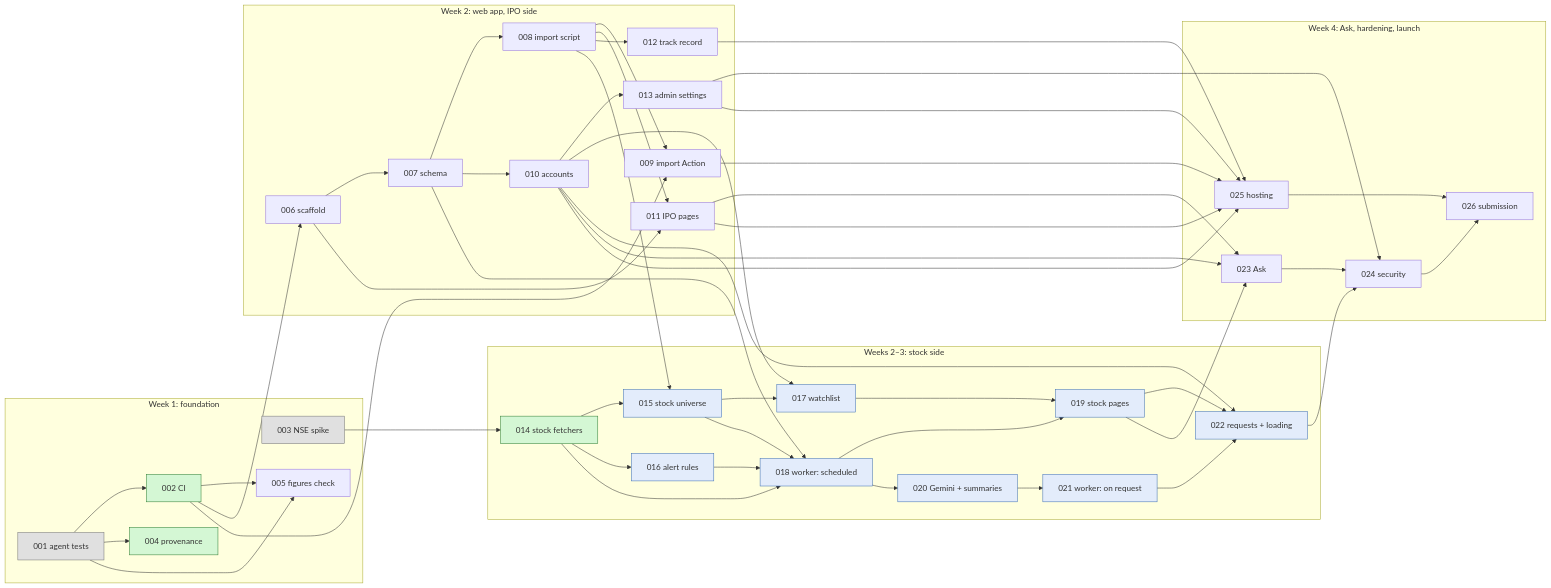
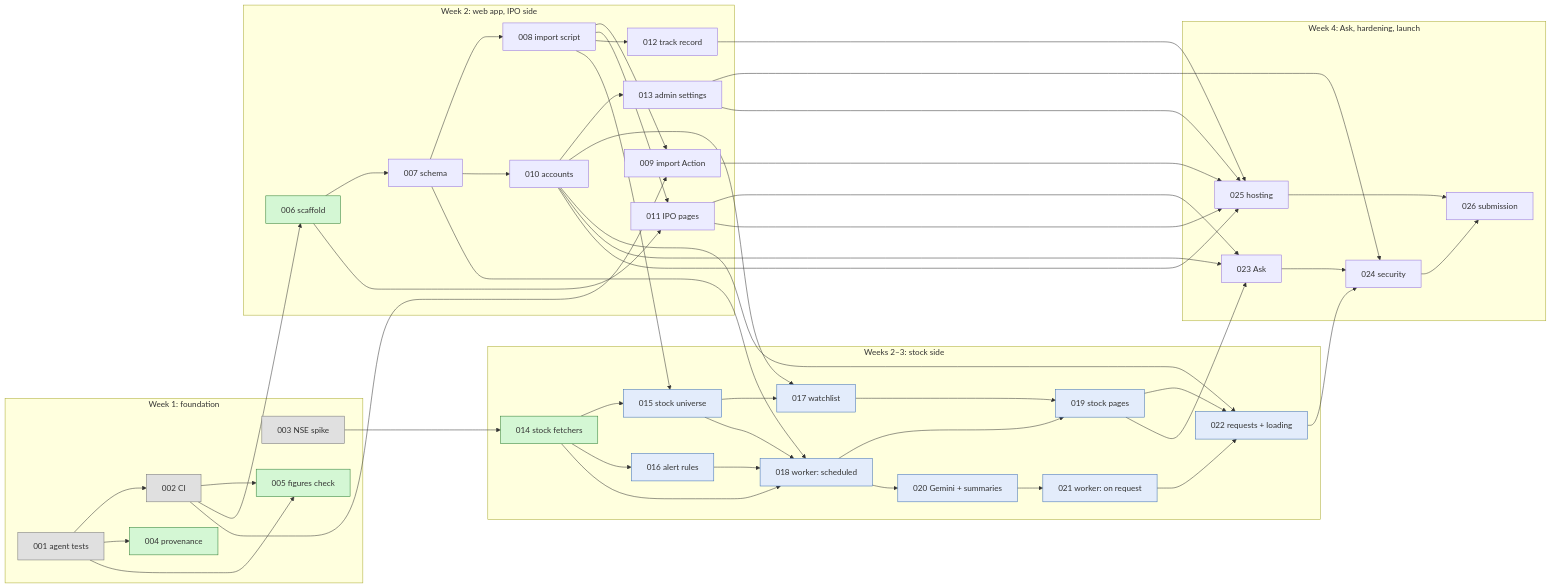
One commit to badjatya/IPO changed the diagram in docs/tasks/ROADMAP.md. Above: the diagram before and after it, drawn with Mermaid. The commit also changed other lines of this file and 2 other files, not shown here.

First line of the commit message:
Roadmap: 002 done, 005 and 006 ready

````diff
--- a/docs/tasks/ROADMAP.md
+++ b/docs/tasks/ROADMAP.md
@@ -83,61 +83,61 @@
 ```mermaid
 flowchart LR
     classDef ready fill:#d4f7d4,stroke:#2e7d32
     classDef m2 fill:#e3ecfb,stroke:#3b6db3
     classDef done fill:#e0e0e0,stroke:#757575
 
     subgraph wk1 ["Week 1: foundation"]
         T001[001 agent tests]:::done
-        T002[002 CI]:::ready
+        T002[002 CI]:::done
         T003[003 NSE spike]:::done
         T004[004 provenance]:::ready
-        T005[005 figures check]
+        T005[005 figures check]:::ready
     end
     subgraph wk2 ["Week 2: web app, IPO side"]
-        T006[006 scaffold]
+        T006[006 scaffold]:::ready
         T007[007 schema]
         T008[008 import script]
         T009[009 import Action]
         T010[010 accounts]
         T011[011 IPO pages]
         T012[012 track record]
         T013[013 admin settings]
     end
     subgraph stocks ["Weeks 2–3: stock side"]
         T014[014 stock fetchers]:::ready
         T015[015 stock universe]:::m2
         T016[016 alert rules]:::m2
         T017[017 watchlist]:::m2
         T018[018 worker: scheduled]:::m2
         T019[019 stock pages]:::m2
         T020[020 Gemini + summaries]:::m2
         T021[021 worker: on request]:::m2
         T022[022 requests + loading]:::m2
     end
     subgraph wk4 ["Week 4: Ask, hardening, launch"]
         T023[023 Ask]
         T024[024 security]
         T025[025 hosting]
         T026[026 submission]
     end
 
     T001 --> T002 & T004 & T005
     T002 --> T005 & T006 & T009
     T006 --> T007 & T011
     T007 --> T008 & T010 & T018
     T008 --> T009 & T011 & T012 & T015
     T010 --> T013 & T017 & T022 & T023
     T003 --> T014
     T014 --> T015 & T016 & T018
     T015 --> T017 & T018
     T016 --> T018
     T017 --> T019
     T018 --> T019 & T020
     T020 --> T021
     T019 --> T022 & T023
     T021 --> T022
     T011 --> T023
     T013 & T022 & T023 --> T024
     T009 & T010 & T011 & T012 & T013 --> T025
     T024 & T025 --> T026
 ```
````
